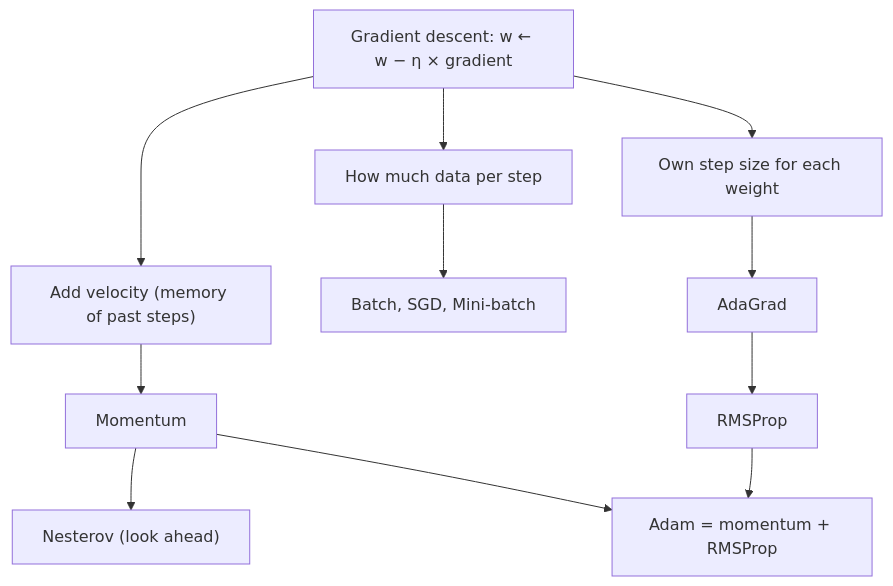
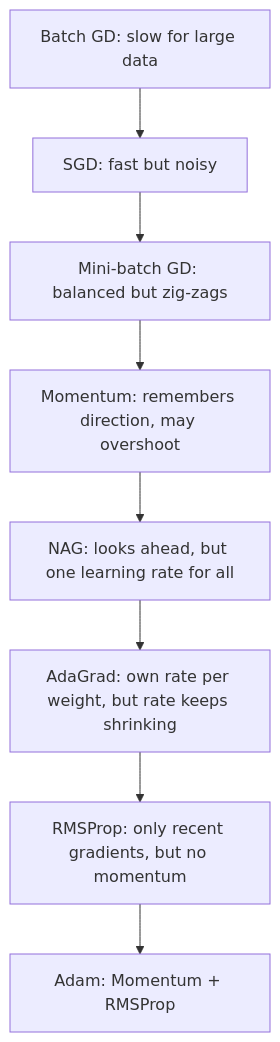
Before and after one commit to TrendySloth1001/sem-seven-notes: the fourth of 4 diagrams in content/deep-learning/notes/gradient-descent.mdx, drawn with Mermaid. The commit also changed other lines of this file and 254 other files, not shown here.

Commit message:
Rewrite the backpropagation, gradient descent, regularization and autoencoder notes and their 29 answers from the teachers' class files. They use 185 teacher figures with class-notes citations only, and correct the AdaGrad, RMSProp, Nesterov and batch-norm numbers on the slides.

````diff
--- a/content/deep-learning/notes/gradient-descent.mdx
+++ b/content/deep-learning/notes/gradient-descent.mdx
@@ -412,14 +719,11 @@
 ```mermaid
-%% caption: The family of optimizers in the syllabus. The first branch changes how much data each step sees; the other two change how each step is sized.
+%% caption: Each optimizer fixes the weakness of the one before it, as the teacher builds them one after another. The last box is what Adam combines.
 flowchart TD
-  GD["Gradient descent: w ← w − η × gradient"] --> D["How much data per step"]
-  GD --> V["Add velocity (memory of past steps)"]
-  GD --> A["Own step size for each weight"]
-  D --> D1["Batch, SGD, Mini-batch"]
-  V --> V1["Momentum"]
-  V1 --> V2["Nesterov (look ahead)"]
-  A --> A1["AdaGrad"]
-  A1 --> A2["RMSProp"]
-  V1 --> AD["Adam = momentum + RMSProp"]
-  A2 --> AD
+  A["Batch GD: slow for large data"] --> B["SGD: fast but noisy"]
+  B --> C["Mini-batch GD: balanced but zig-zags"]
+  C --> D["Momentum: remembers direction, may overshoot"]
+  D --> E["NAG: looks ahead, but one learning rate for all"]
+  E --> F["AdaGrad: own rate per weight, but rate keeps shrinking"]
+  F --> G["RMSProp: only recent gradients, but no momentum"]
+  G --> H["Adam: Momentum + RMSProp"]
 ```
````
